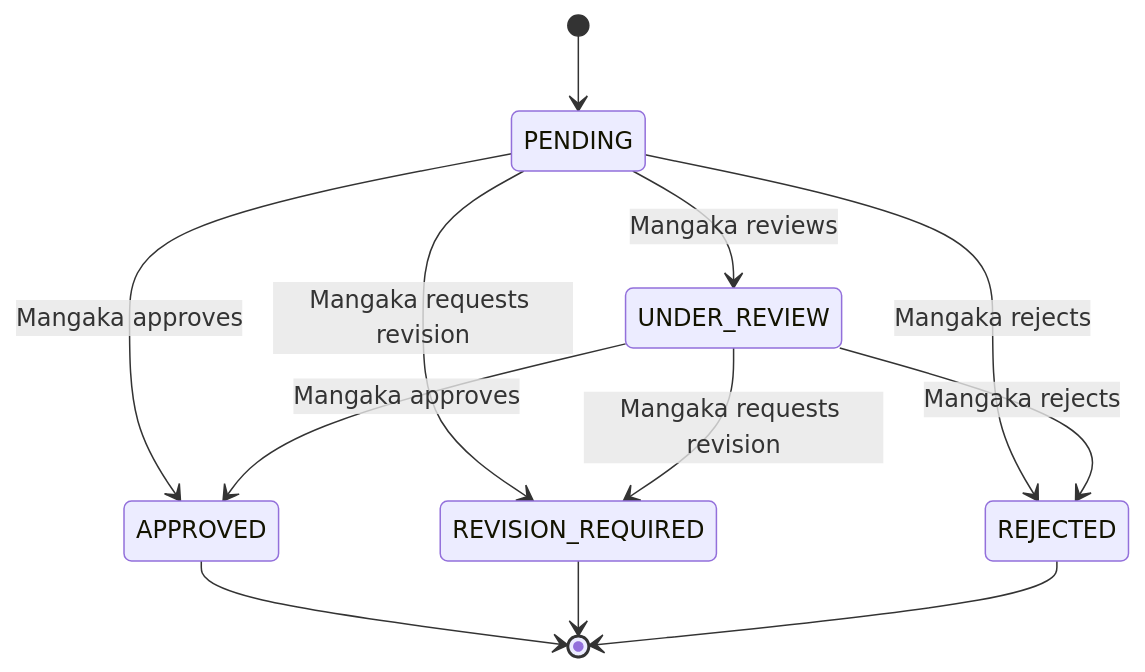
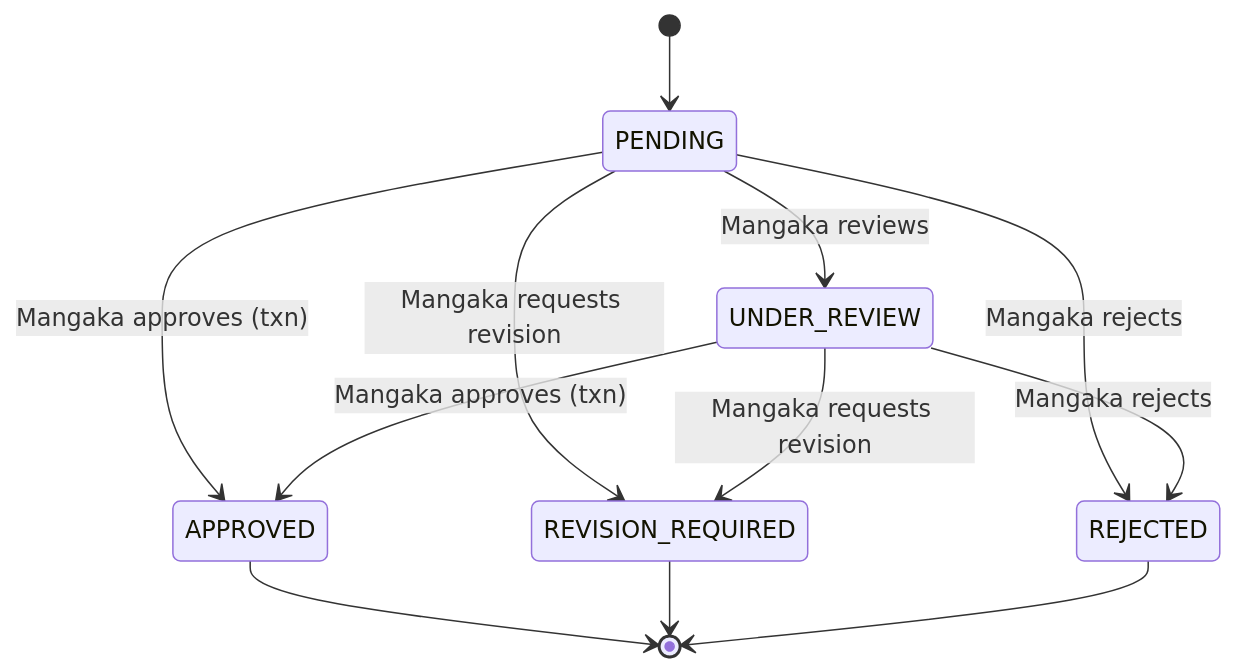
Before and after one commit to zun3007/Manga-Creation-Workflow-and-Publishing-Management-System: the sixth of 8 diagrams in documents/02-architecture/03-domain-model-and-state-machines.md, drawn with Mermaid. The commit also changed other lines of this file and 20 other files, not shown here.

First line of the commit message:
docs: sync all documentation to current code + fix 11 diagram render bugs

````diff
--- a/documents/02-architecture/03-domain-model-and-state-machines.md
+++ b/documents/02-architecture/03-domain-model-and-state-machines.md
@@ -257,14 +259,14 @@
 ```mermaid
 stateDiagram-v2
     [*] --> PENDING
     PENDING --> UNDER_REVIEW: Mangaka reviews
-    PENDING --> APPROVED: Mangaka approves
+    PENDING --> APPROVED: Mangaka approves (txn)
     PENDING --> REVISION_REQUIRED: Mangaka requests revision
     PENDING --> REJECTED: Mangaka rejects
-    UNDER_REVIEW --> APPROVED: Mangaka approves
+    UNDER_REVIEW --> APPROVED: Mangaka approves (txn)
     UNDER_REVIEW --> REVISION_REQUIRED: Mangaka requests revision
     UNDER_REVIEW --> REJECTED: Mangaka rejects
     APPROVED --> [*]
     REVISION_REQUIRED --> [*]
     REJECTED --> [*]
 ```
````
